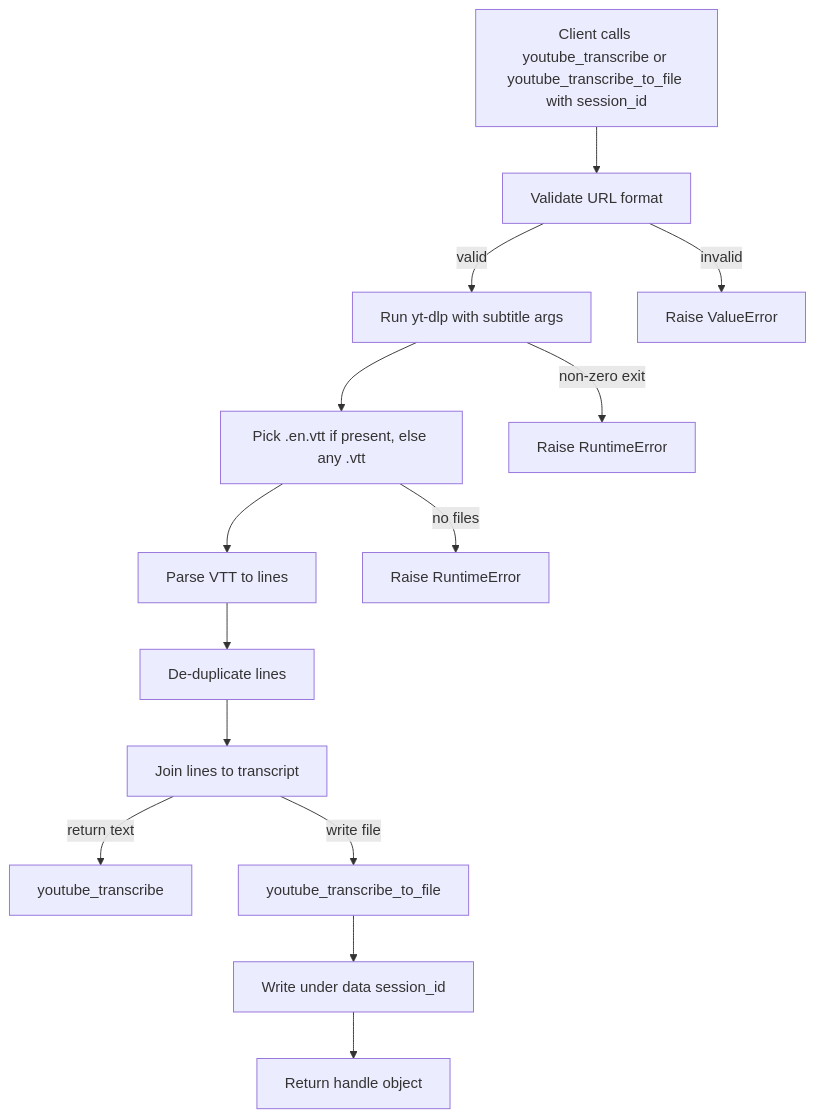
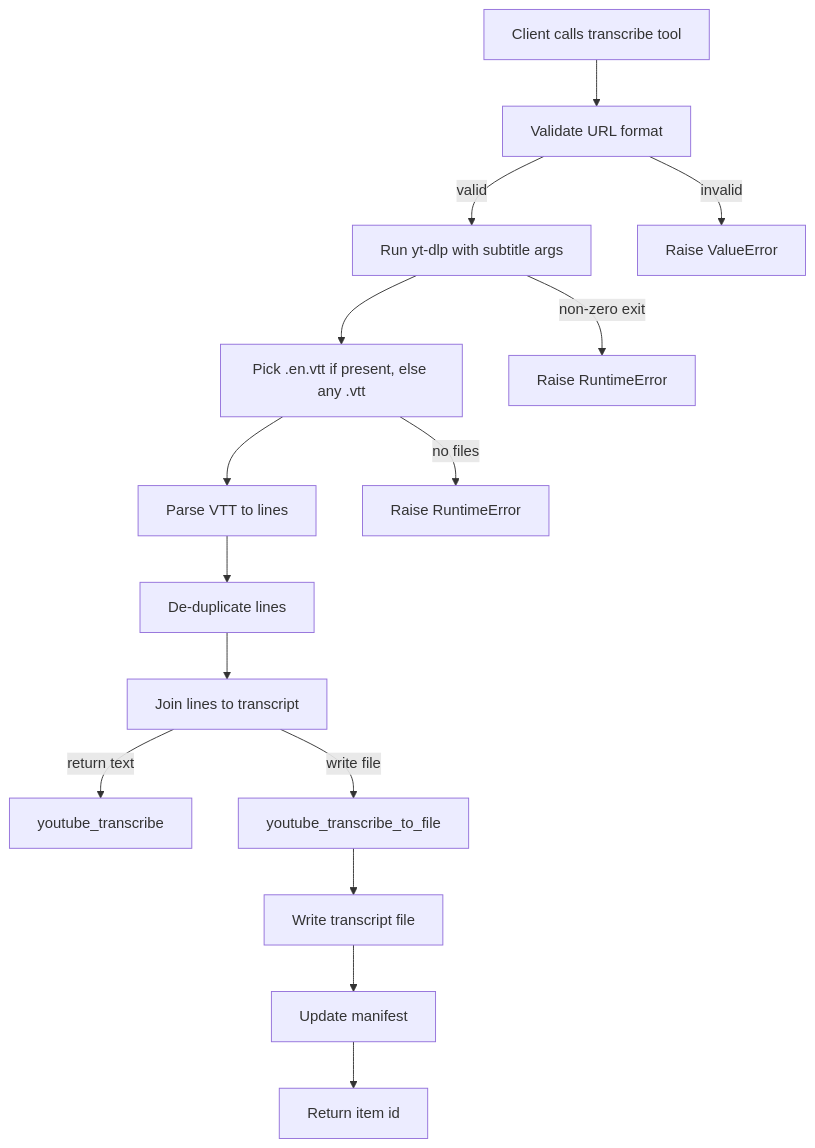
Before and after one commit to rroos64/youtube_transcribe_mcp_server: the second of 3 diagrams in README.md, drawn with Mermaid. The commit also changed other lines of this file and 1 other file, not shown here.

First line of the commit message:
fix: parameterize resources and enforce session scoping

````diff
--- a/README.md
+++ b/README.md
@@ -38,17 +37,18 @@
 ```mermaid
 flowchart TD
-  A["Client calls youtube_transcribe or youtube_transcribe_to_file with session_id"] --> B["Validate URL format"]
+  A["Client calls transcribe tool"] --> B["Validate URL format"]
   B -->|valid| C[Run yt-dlp with subtitle args]
   C --> D[Pick .en.vtt if present, else any .vtt]
   D --> E["Parse VTT to lines"]
   E --> F["De-duplicate lines"]
   F --> G["Join lines to transcript"]
   G -->|return text| H["youtube_transcribe"]
   G -->|write file| I["youtube_transcribe_to_file"]
-  I --> J["Write under data session_id"]
-  J --> K["Return handle object"]
+  I --> J["Write transcript file"]
+  J --> K["Update manifest"]
+  K --> L["Return item id"]
 
   B -->|invalid| X["Raise ValueError"]
   C -->|non-zero exit| Y["Raise RuntimeError"]
   D -->|no files| Z["Raise RuntimeError"]
 ```
````
